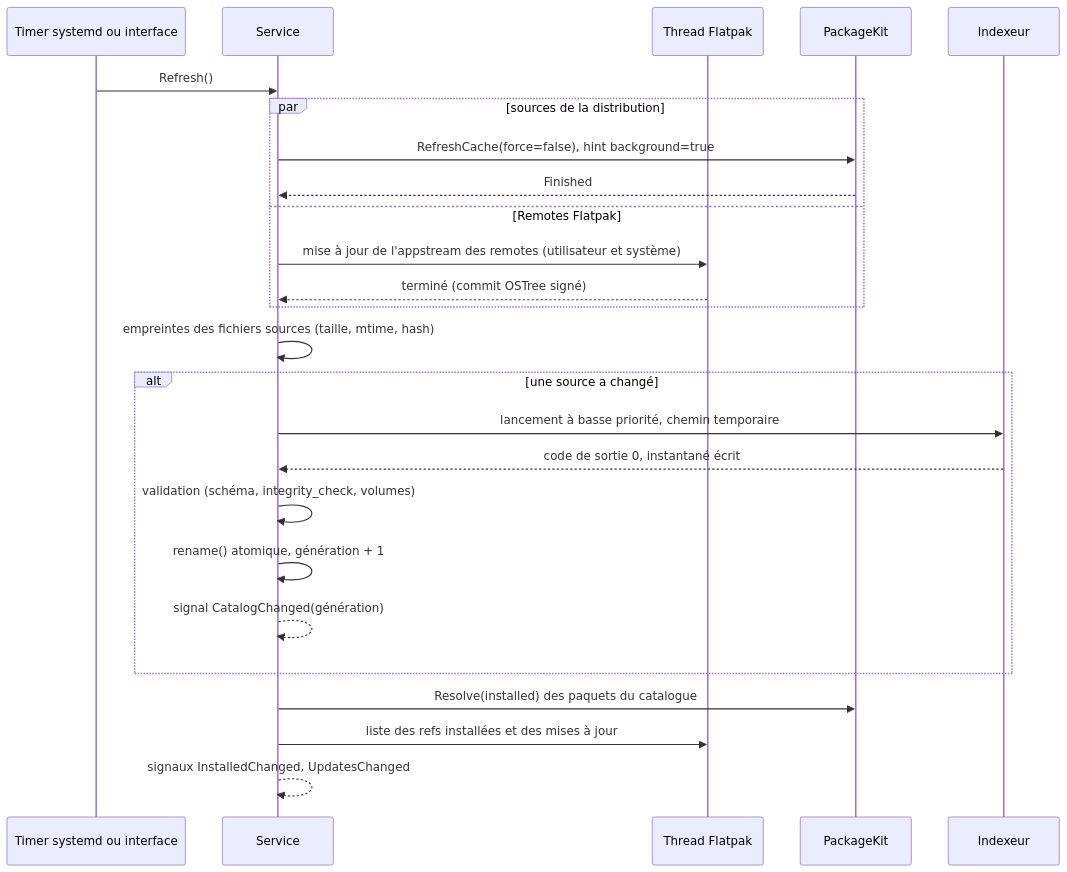
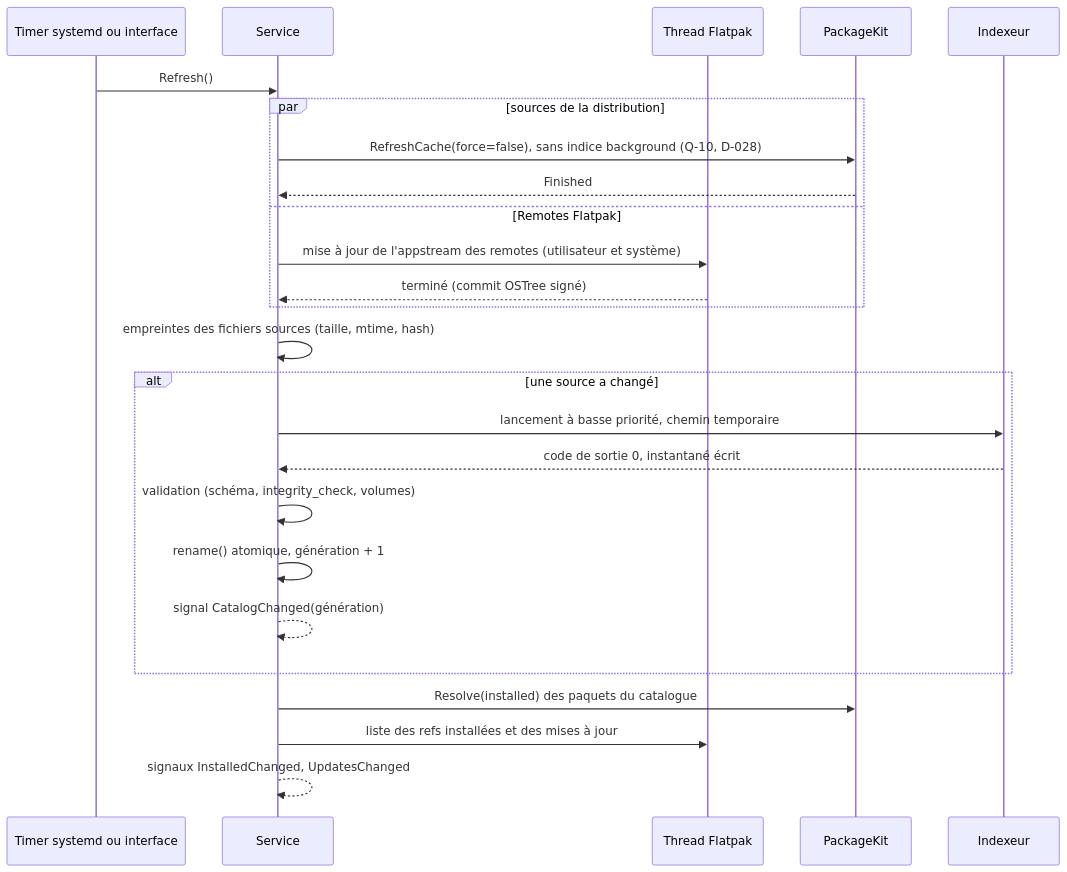
The third of 5 diagrams in docs/ARCHITECTURE.md (SachaGrdc/cutefish-store), drawn with Mermaid before and after one commit. The commit also changed other lines of this file and 2 other files, not shown here.

Commit message:
docs: record D-028 as validated and correct the step F decisions
D-028 is validated in its option B form: a local refresh without network
or RefreshCache, a full refresh that reindexes the local metadata even
when RefreshCache fails and then reports the failure, and a metadata file
referenced twice indexed once. D-025 no longer claims the repository
refresh as part of the owner's answer. D-027 says when UpdatesChanged is
emitted, that the list is emptied with the backend, and that PackageKit
gives no update size. D-029 records the total kept in the journal.

SERVICE: §3.5 and the Refresh options follow D-028; §6.2 says the
inventory uses GetPackages(installed), not Resolve; §15 marks steps A to
F done and adds the transaction manager step (F2) agreed in D-025; §17
follows. ARCHITECTURE: the Refresh options, and no background hint.

````diff
--- a/docs/ARCHITECTURE.md
+++ b/docs/ARCHITECTURE.md
@@ -281,27 +281,27 @@
 ```mermaid
 sequenceDiagram
     participant T as Timer systemd ou interface
     participant S as Service
     participant F as Thread Flatpak
     participant P as PackageKit
     participant I as Indexeur
     T->>S: Refresh()
     par sources de la distribution
-        S->>P: RefreshCache(force=false), hint background=true
+        S->>P: RefreshCache(force=false), sans indice background (Q-10, D-028)
         P-->>S: Finished
     and Remotes Flatpak
         S->>F: mise à jour de l'appstream des remotes (utilisateur et système)
         F-->>S: terminé (commit OSTree signé)
     end
     S->>S: empreintes des fichiers sources (taille, mtime, hash)
     alt une source a changé
         S->>I: lancement à basse priorité, chemin temporaire
         I-->>S: code de sortie 0, instantané écrit
         S->>S: validation (schéma, integrity_check, volumes)
         S->>S: rename() atomique, génération + 1
         S-->>S: signal CatalogChanged(génération)
     end
     S->>P: Resolve(installed) des paquets du catalogue
     S->>F: liste des refs installées et des mises à jour
     S-->>S: signaux InstalledChanged, UpdatesChanged
 ```
````
